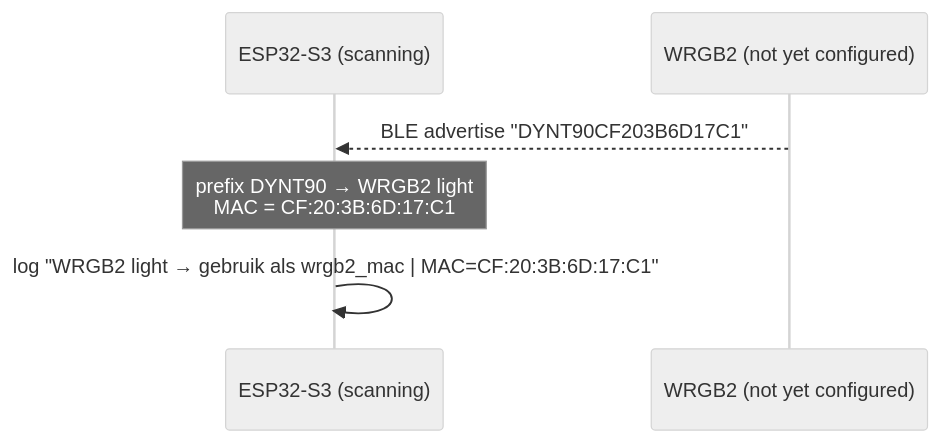
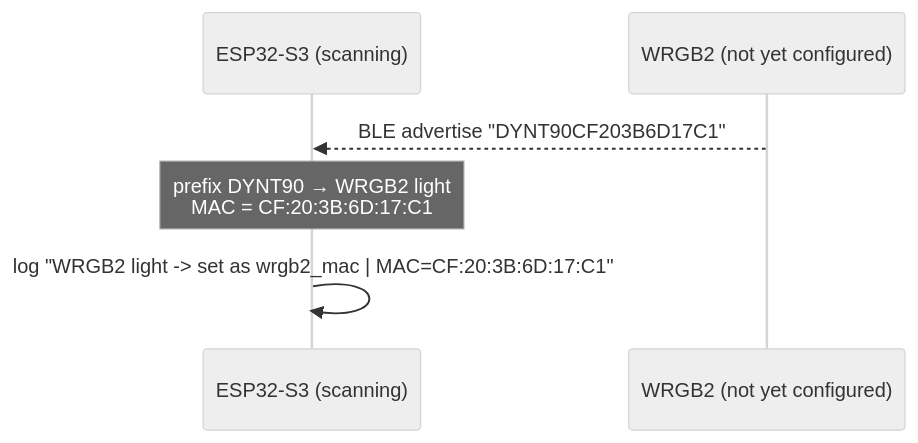
One commit to BartdeJonge/chihiros-esphome changed the eighth of 8 diagrams in README.md. Above: the diagram before and after it, drawn with Mermaid (neutral theme). The commit also changed other lines of this file and 1 other file, not shown here.

Commit message:
Translate BLE scan log messages to English

````diff
--- a/README.md
+++ b/README.md
@@ -406,9 +406,9 @@
 ```mermaid
 sequenceDiagram
     participant ESP as ESP32-S3 (scanning)
     participant WRG as WRGB2 (not yet configured)
 
     WRG-->>ESP: BLE advertise "DYNT90CF203B6D17C1"
     Note over ESP: prefix DYNT90 → WRGB2 light<br/>MAC = CF:20:3B:6D:17:C1
-    ESP->>ESP: log "WRGB2 light → gebruik als wrgb2_mac | MAC=CF:20:3B:6D:17:C1"
+    ESP->>ESP: log "WRGB2 light -> set as wrgb2_mac | MAC=CF:20:3B:6D:17:C1"
 ```
````
